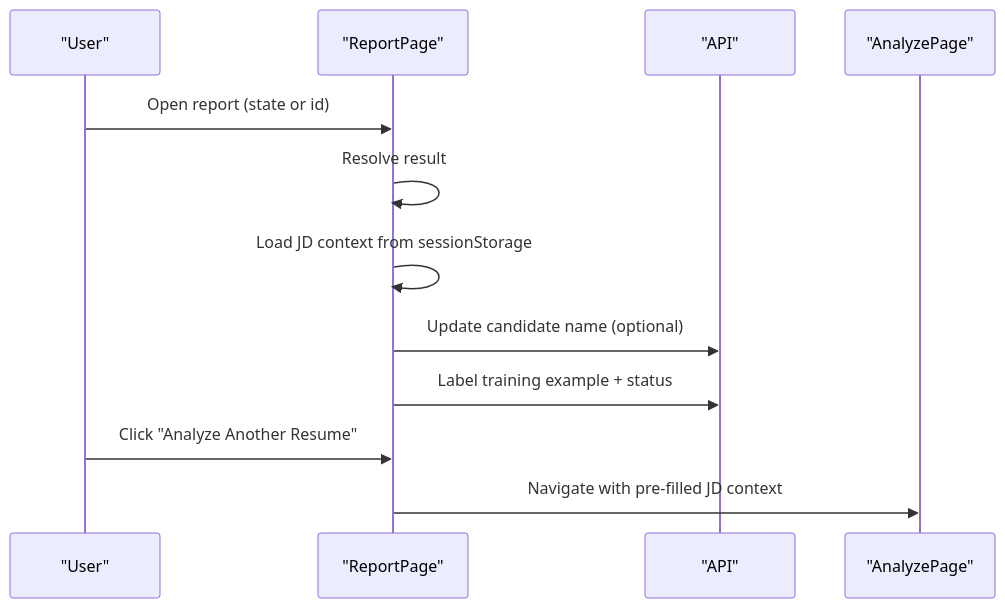
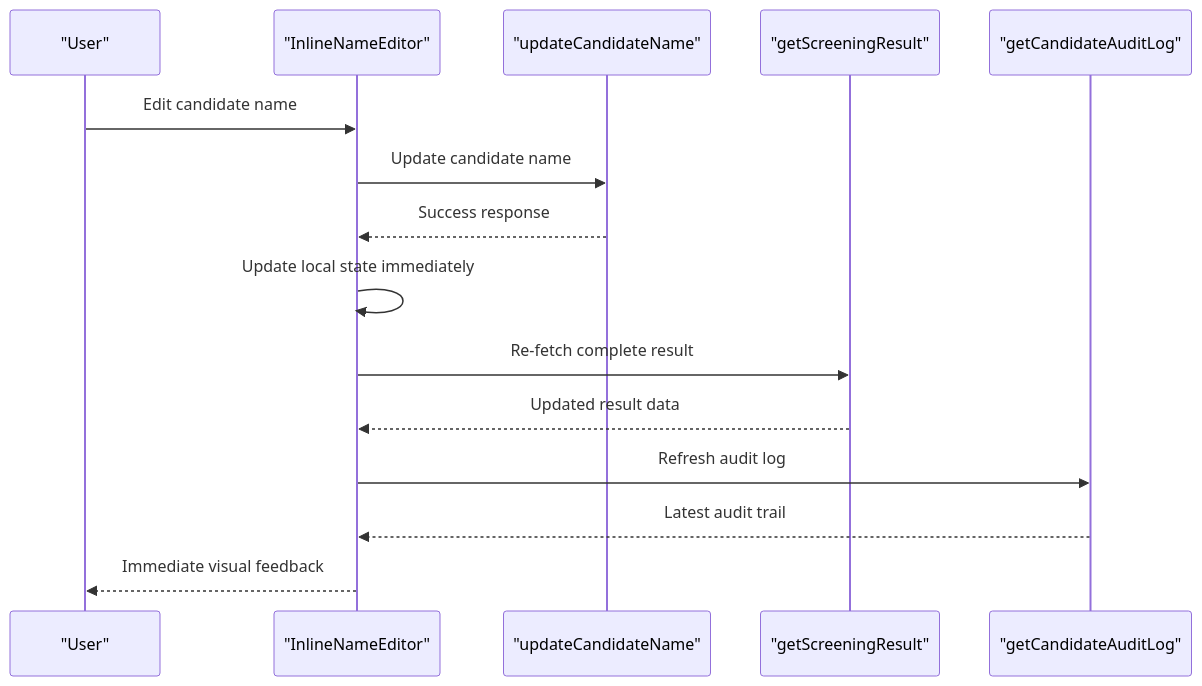
The fifth of 13 diagrams in .qoder/repowiki/en/content/Frontend Architecture/Page Structure.md (Revanththetalogics/aireume), drawn with Mermaid before and after one commit. The commit also changed other lines of this file and 4 other files, not shown here.

````diff
--- a/.qoder/repowiki/en/content/Frontend Architecture/Page Structure.md
+++ b/.qoder/repowiki/en/content/Frontend Architecture/Page Structure.md
@@ -254,14 +266,17 @@
 ```mermaid
 sequenceDiagram
 participant U as "User"
-participant RP as "ReportPage"
-participant API as "API"
-participant AP as "AnalyzePage"
-U->>RP : Open report (state or id)
-RP->>RP : Resolve result
-RP->>RP : Load JD context from sessionStorage
-RP->>API : Update candidate name (optional)
-RP->>API : Label training example + status
-U->>RP : Click "Analyze Another Resume"
-RP->>AP : Navigate with pre-filled JD context
+participant INE as "InlineNameEditor"
+participant API as "updateCandidateName"
+participant SR as "getScreeningResult"
+participant AL as "getCandidateAuditLog"
+U->>INE : Edit candidate name
+INE->>API : Update candidate name
+API-->>INE : Success response
+INE->>INE : Update local state immediately
+INE->>SR : Re-fetch complete result
+SR-->>INE : Updated result data
+INE->>AL : Refresh audit log
+AL-->>INE : Latest audit trail
+INE-->>U : Immediate visual feedback
 ```
````
